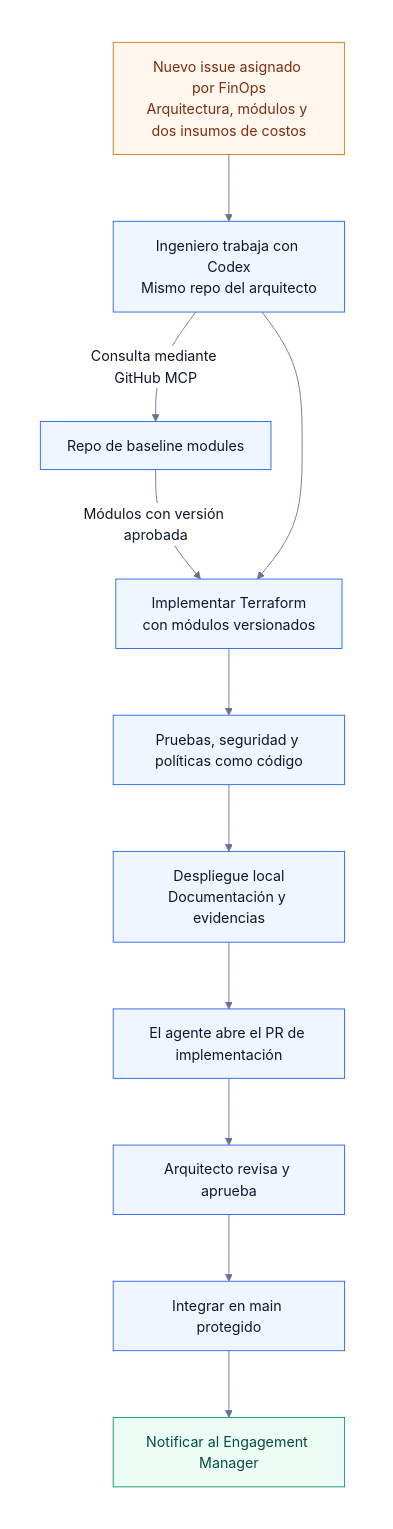
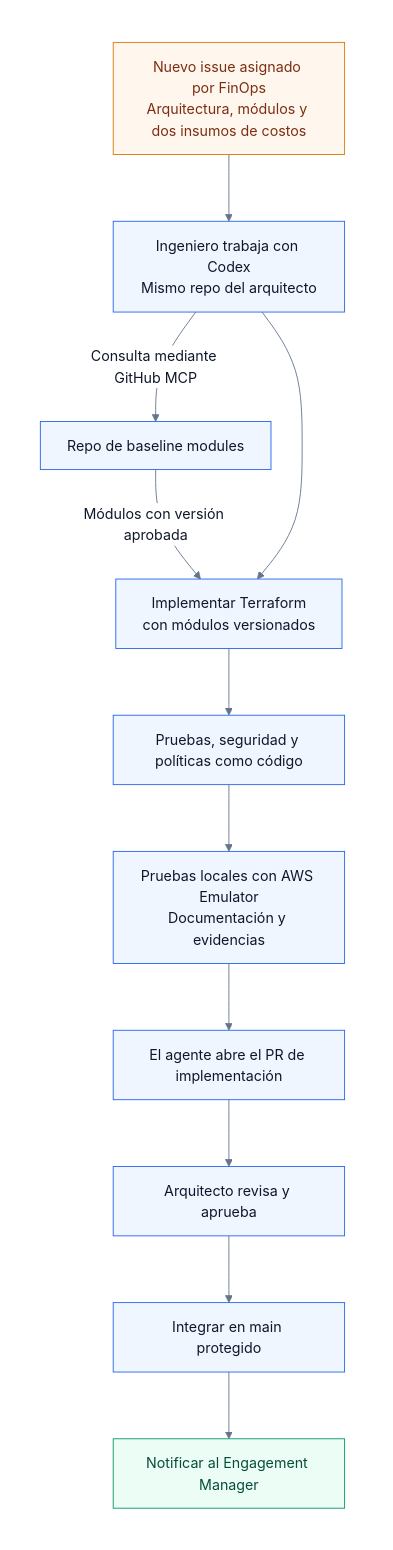
Before and after one commit to marcor0311/aws-cloud-consultant-agent: the fifth of 6 diagrams in issues.md, drawn with Mermaid. The commit also changed other lines of this file, not shown here.

Commit message:
docs: añadir AWS Emulator al issue de ingeniería

````diff
--- a/issues.md
+++ b/issues.md
@@ -209,23 +209,23 @@
 ```mermaid
 %%{init: {"theme":"base","themeVariables":{"darkMode":false,"background":"#ffffff","primaryColor":"#eff6ff","primaryTextColor":"#0f172a","primaryBorderColor":"#2563eb","lineColor":"#64748b","edgeLabelBackground":"#ffffff","clusterBkg":"#ffffff","clusterBorder":"#cbd5e1"},"flowchart":{"diagramPadding":0}}}%%
 flowchart TB
     subgraph lienzo[" "]
         direction TB
         issue["Nuevo issue asignado por FinOps<br/>Arquitectura, módulos y dos insumos de costos"] --> agente["Ingeniero trabaja con Codex<br/>Mismo repo del arquitecto"]
         agente -->|Consulta mediante GitHub MCP| baselines["Repo de baseline modules"]
         baselines -->|Módulos con versión aprobada| implementar
         agente --> implementar["Implementar Terraform<br/>con módulos versionados"]
         implementar --> validar["Pruebas, seguridad y políticas como código"]
-        validar --> local["Despliegue local<br/>Documentación y evidencias"]
+        validar --> local["Pruebas locales con AWS Emulator<br/>Documentación y evidencias"]
         local --> pr["El agente abre el PR de implementación"]
         pr --> arquitecto["Arquitecto revisa y aprueba"]
         arquitecto --> main["Integrar en main protegido"]
         main --> entrega["Notificar al Engagement Manager"]
         classDef default fill:#eff6ff,stroke:#2563eb,color:#0f172a;
         classDef inicio fill:#fff7ed,stroke:#d97706,color:#7c2d12;
         classDef handoff fill:#ecfdf5,stroke:#059669,color:#064e3b;
         class issue inicio;
         class entrega handoff;
     end
     style lienzo fill:#ffffff,stroke:#ffffff,stroke-width:128px;
 ```
````
